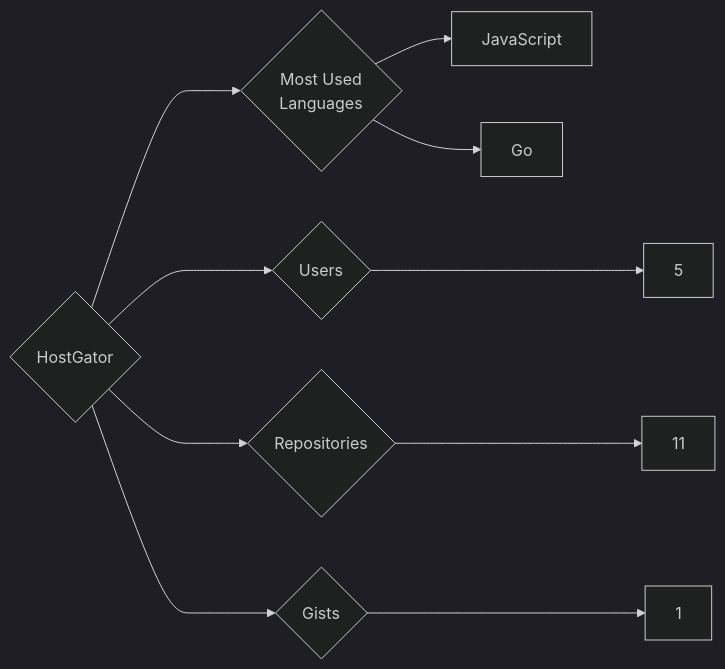
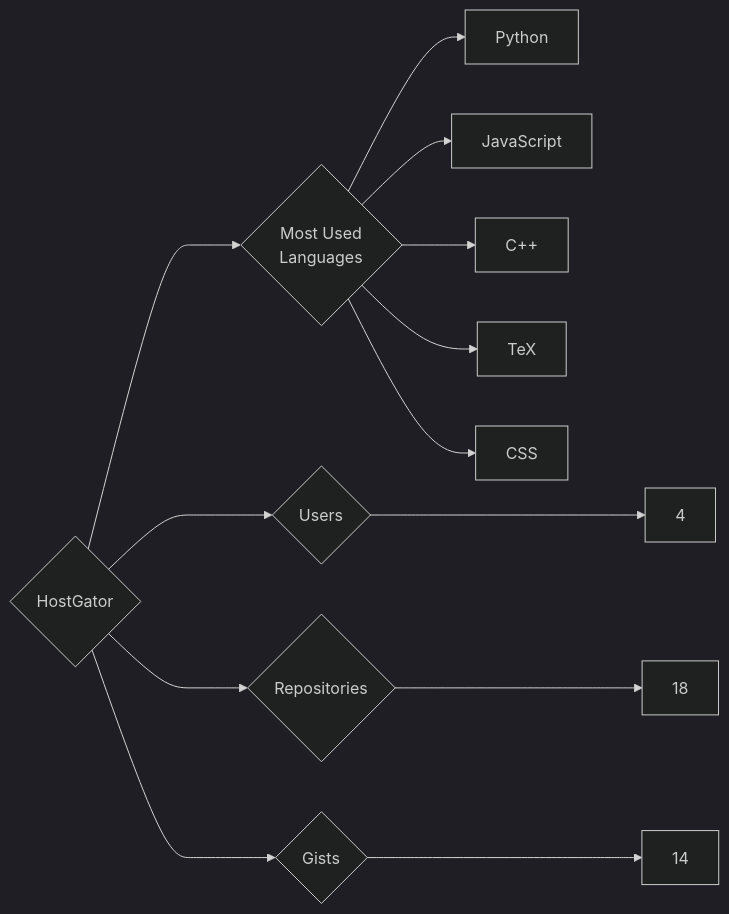
One commit to trickest/insiders changed the diagram in targets/HostGator/README.md. Above: the diagram before and after it, drawn with Mermaid (dark theme). The commit also changed 1003 other files, not shown here.

````diff
--- a/targets/HostGator/README.md
+++ b/targets/HostGator/README.md
@@ -3,10 +3,13 @@
 ```mermaid
 graph LR
 COMPANY_NAME{HostGator}
-COMPANY_NAME ---> U{Users} ---> UN[5]
-COMPANY_NAME ---> R{Repositories} ---> RN[11]
-COMPANY_NAME ---> G{Gists} ---> GN[1]
+COMPANY_NAME ---> U{Users} ---> UN[4]
+COMPANY_NAME ---> R{Repositories} ---> RN[18]
+COMPANY_NAME ---> G{Gists} ---> GN[14]
 COMPANY_NAME ---> ML{Most Used<br>Languages}
+ML --> Python[Python]
 ML --> JavaScript[JavaScript]
-ML --> Go[Go]
+ML --> C++[C++]
+ML --> TeX[TeX]
+ML --> CSS[CSS]
 ```
````
